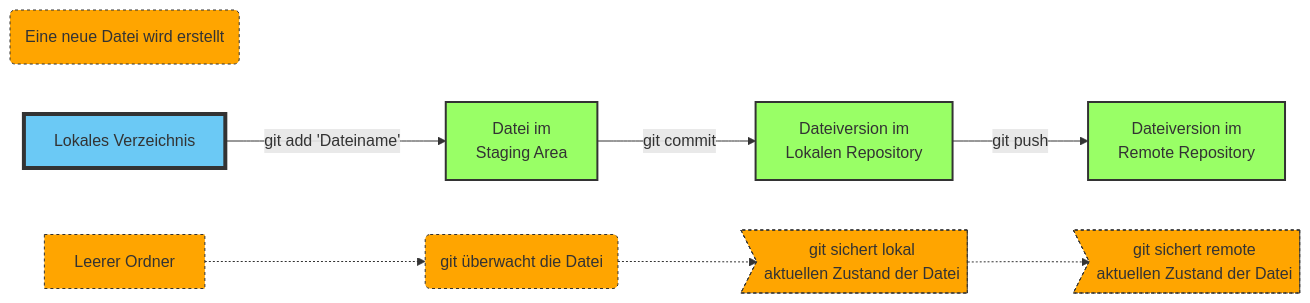
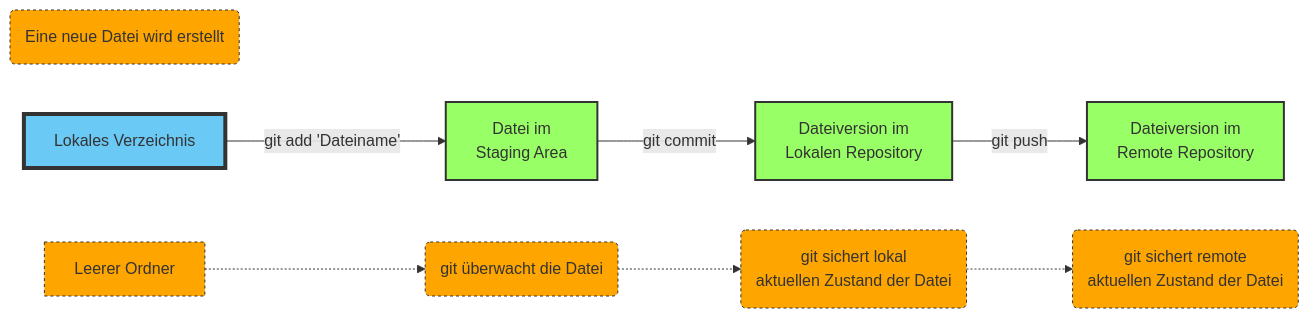
Before and after one commit to ammrie/Praxislab: the second of 2 diagrams in modules/de-git-module.qmd, drawn with Mermaid. The commit also changed 1 other file, not shown here.

````diff
--- a/modules/de-git-module.qmd
+++ b/modules/de-git-module.qmd
@@ -105,24 +105,24 @@
 ```{mermaid}
 %%| fig-cap: Ablauf Stage-Commit-Push  eine Datei
 
 graph LR
     Z(Eine neue Datei wird erstellt)
     
     A[Lokales Verzeichnis ] -- git add 'Dateiname' --> B[Datei im <br>Staging Area]
     B -- git commit --> C[Dateiversion im <br> Lokalen Repository ]
     C -- git push --> D[Dateiversion im <br> Remote Repository ]
     
     AA[Leerer Ordner] -.-> BB(git überwacht die Datei)
-    BB -.-> CC>git sichert lokal <br> aktuellen Zustand der Datei]
-    CC -.-> DD>git sichert  remote <br> aktuellen Zustand der Datei]
+    BB -.-> CC(git sichert lokal <br> aktuellen Zustand der Datei)
+    CC -.-> DD(git sichert  remote <br> aktuellen Zustand der Datei)
     
 
     classDef green fill:#9f6,stroke:#333,stroke-width:2px
     classDef blue fill:#6BC9F5,stroke:#333,stroke-width:4px
     classDef orange fill:orange,stroke:#333,stroke-width:1px,stroke-dasharray: 3
     class A blue
     class B,C,D green
     class Z,DD,CC,AA,BB orange
 
 
 ```
````
